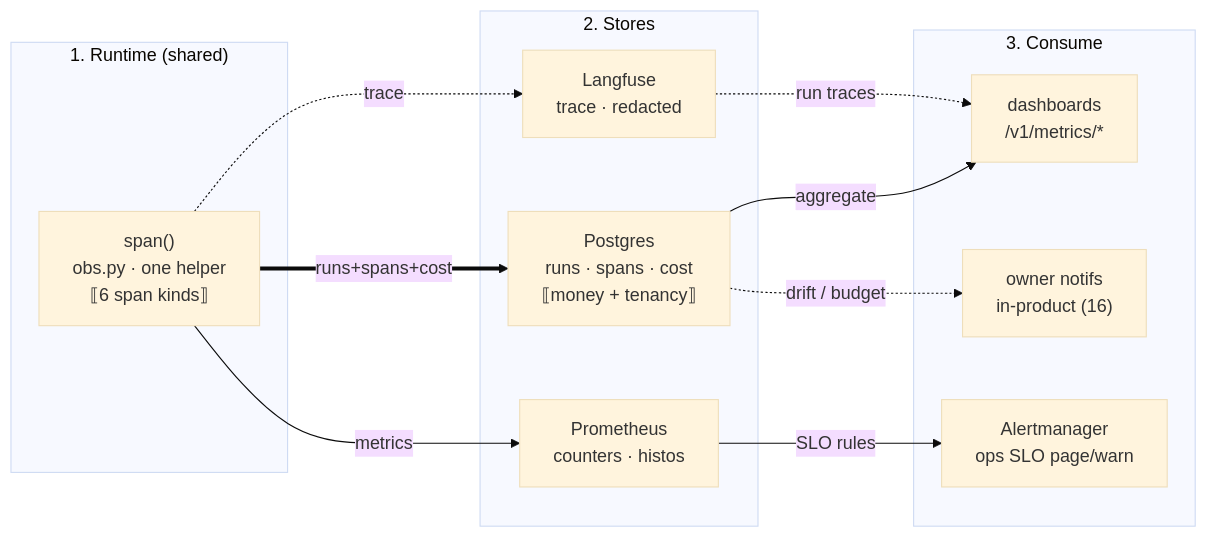
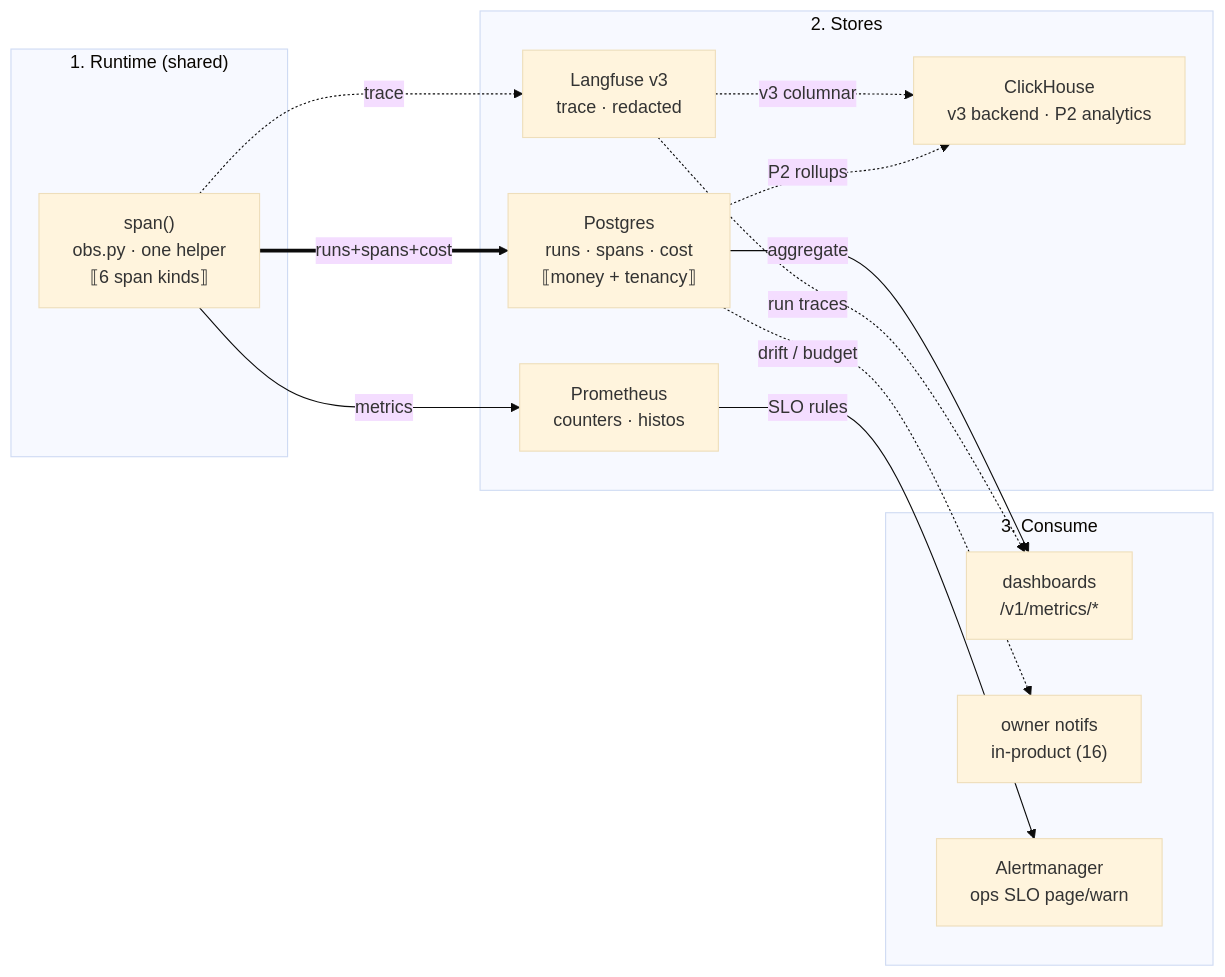
One commit to gargraman/agent-catalyst changed diagram 12 of 17 in docs/diagrams/backend-design/backend-design-diagrams.md. Above: the diagram before and after it, drawn with Mermaid (base theme). The commit also changed other lines of this file and 68 other files, not shown here.

````diff
--- a/docs/diagrams/backend-design/backend-design-diagrams.md
+++ b/docs/diagrams/backend-design/backend-design-diagrams.md
@@ -780,23 +788,26 @@
 ```mermaid
 flowchart LR
     subgraph stage0["1. Runtime (shared)"]
     span["span()<br/>obs.py · one helper<br/>⟦6 span kinds⟧"]
     end
     subgraph stage1["2. Stores"]
     pg["Postgres<br/>runs · spans · cost<br/>⟦money + tenancy⟧"]
-    langfuse["Langfuse<br/>trace · redacted"]
+    langfuse["Langfuse v3<br/>trace · redacted"]
     prom["Prometheus<br/>counters · histos"]
+    clickhouse["ClickHouse<br/>v3 backend · P2 analytics"]
     end
     subgraph stage2["3. Consume"]
     metrics["dashboards<br/>/v1/metrics/*"]
     notif["owner notifs<br/>in-product (16)"]
     alerts["Alertmanager<br/>ops SLO page/warn"]
     end
     span ==>|"runs+spans+cost"| pg
     span -.->|"trace"| langfuse
     span -->|"metrics"| prom
     pg -->|"aggregate"| metrics
     langfuse -.->|"run traces"| metrics
+    langfuse -.->|"v3 columnar"| clickhouse
+    pg -.->|"P2 rollups"| clickhouse
     pg -.->|"drift / budget"| notif
     prom -->|"SLO rules"| alerts
 ```
````
